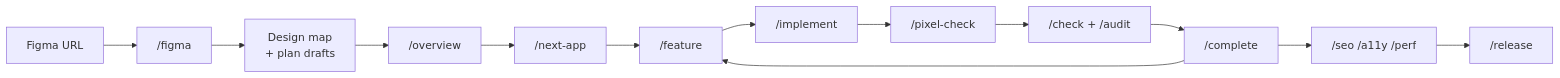
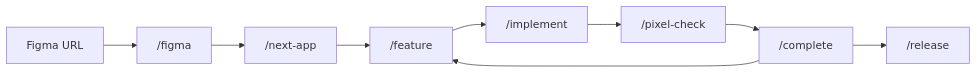
Before and after one commit to saidMounaim/figma-next-blueprint: the diagram in README.md, drawn with Mermaid. The commit also changed other lines of this file, not shown here.

````diff
--- a/README.md
+++ b/README.md
@@ -92,15 +67,11 @@
 ```mermaid
 flowchart LR
     A[Figma URL] --> B["/figma"]
-    B --> C[Design map<br/>+ plan drafts]
-    C --> D["/overview"]
-    D --> E["/next-app"]
-    E --> F["/feature"]
-    F --> G["/implement"]
-    G --> H["/pixel-check"]
-    H --> I["/check + /audit"]
-    I --> J["/complete"]
-    J --> F
-    J --> K["/seo /a11y /perf"]
-    K --> L["/release"]
+    B --> C["/next-app"]
+    C --> D["/feature"]
+    D --> E["/implement"]
+    E --> F["/pixel-check"]
+    F --> G["/complete"]
+    G --> D
+    G --> H["/release"]
 ```
````
